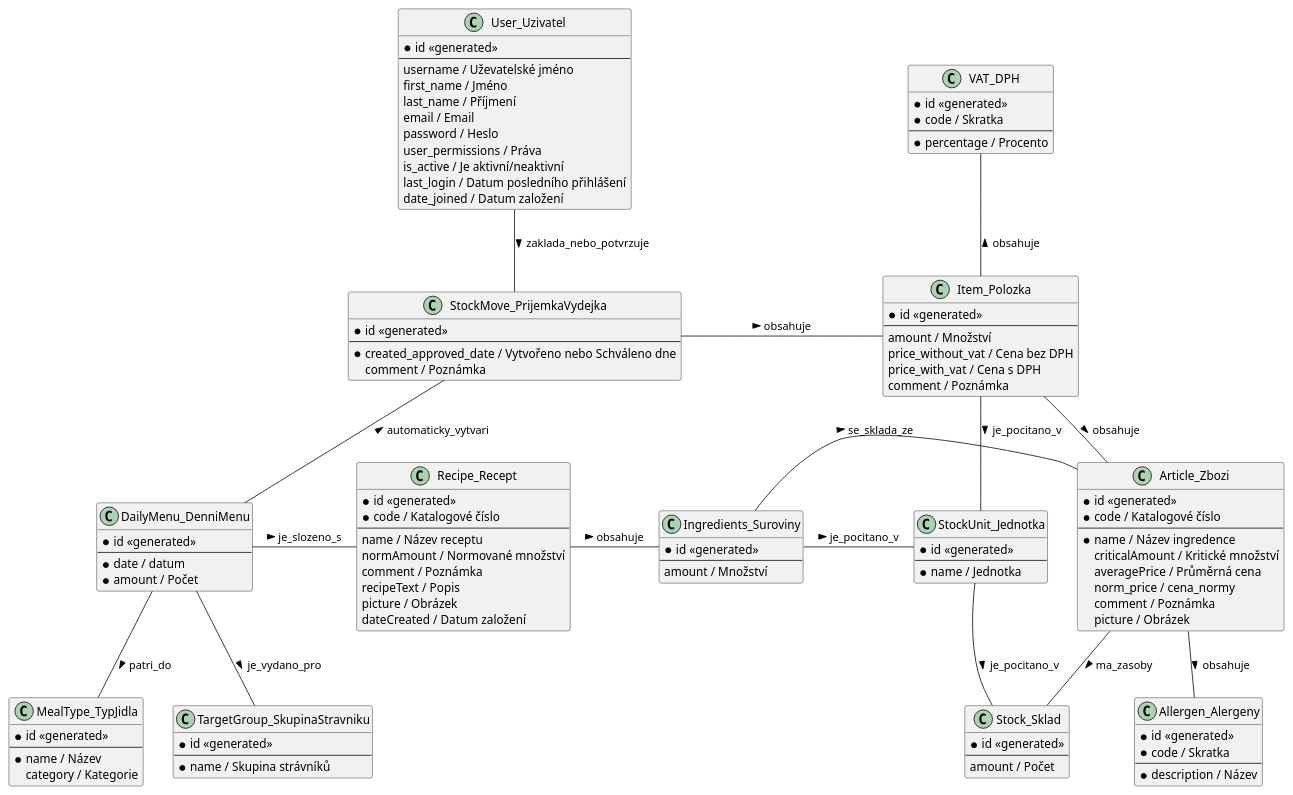
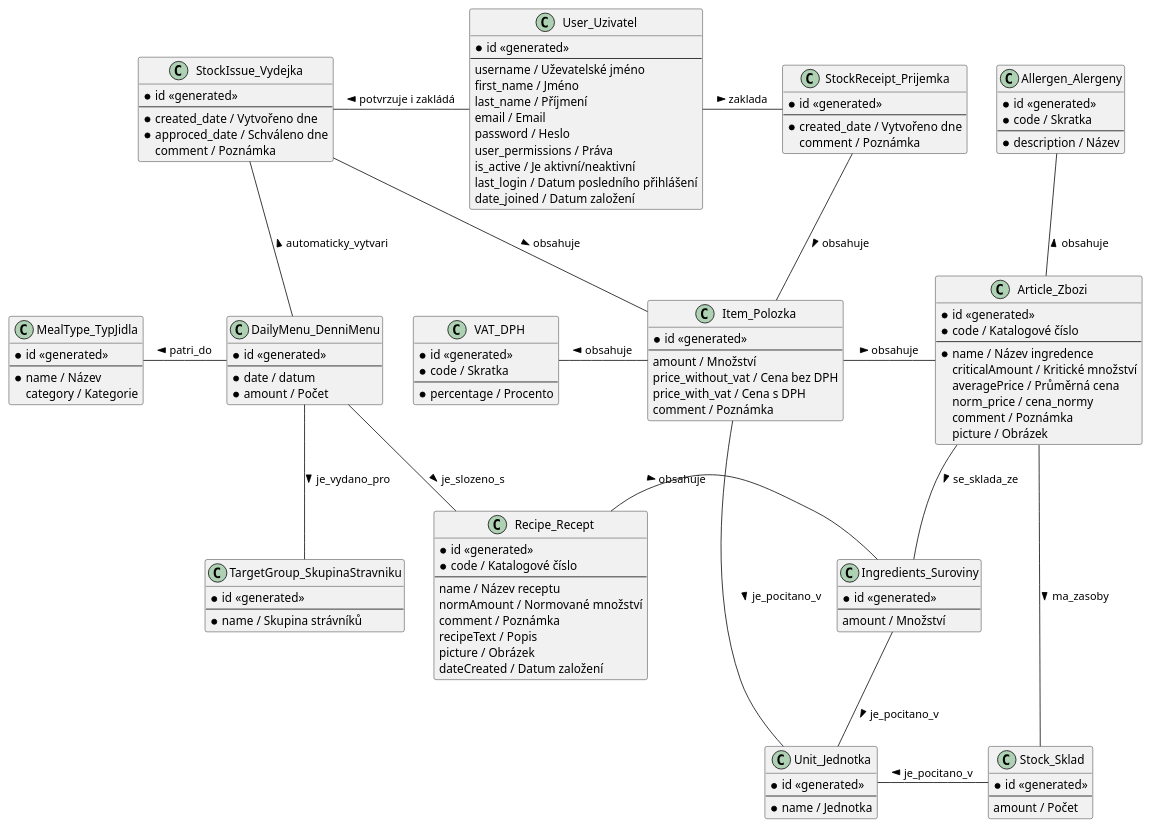
One commit to valasek/kicoma changed the diagram in docs/erd.plantuml. Above: the diagram before and after it, drawn with PlantUML. The commit also changed 8 other files, not shown here.

```diff
--- a/docs/erd.plantuml
+++ b/docs/erd.plantuml
@@ -1,132 +1,143 @@
 @startuml "KiCoMa"
 
-DailyMenu_DenniMenu - Recipe_Recept : > je_slozeno_s
+DailyMenu_DenniMenu -- Recipe_Recept : > je_slozeno_s
 
-DailyMenu_DenniMenu -- TargetGroup_SkupinaStravniku : > je_vydano_pro
-DailyMenu_DenniMenu -- MealType_TypJidla : > patri_do
+DailyMenu_DenniMenu -- TargetGroup_SkupinaStravniku : je_vydano_pro >
+MealType_TypJidla - DailyMenu_DenniMenu : < patri_do
+TargetGroup_SkupinaStravniku -[hidden] Recipe_Recept
 
 Recipe_Recept - Ingredients_Suroviny : obsahuje >
-Ingredients_Suroviny - Article_Zbozi : > se_sklada_ze
-Ingredients_Suroviny - StockUnit_Jednotka : je_pocitano_v >
+Article_Zbozi -- Ingredients_Suroviny : > se_sklada_ze
+Ingredients_Suroviny -- Unit_Jednotka : je_pocitano_v >
 
-Article_Zbozi -- Allergen_Alergeny : obsahuje >
-StockUnit_Jednotka - Stock_Sklad : je_pocitano_v >
+Allergen_Alergeny -- Article_Zbozi : obsahuje <
+Unit_Jednotka - Stock_Sklad : je_pocitano_v <
 
 Article_Zbozi -- Stock_Sklad : ma_zasoby >
 
-Item_Polozka -- Article_Zbozi : obsahuje >
-Item_Polozka - StockUnit_Jednotka : je_pocitano_v >
-VAT_DPH -- Item_Polozka : obsahuje <
+StockReceipt_Prijemka -- Item_Polozka : obsahuje >
+Item_Polozka - Article_Zbozi : obsahuje >
+Item_Polozka -- Unit_Jednotka : je_pocitano_v >
+VAT_DPH - Item_Polozka : obsahuje <
 
-StockMove_PrijemkaVydejka - Item_Polozka : obsahuje >
-StockMove_PrijemkaVydejka -- DailyMenu_DenniMenu : automaticky_vytvari <
+StockIssue_Vydejka - Item_Polozka : obsahuje >
+StockIssue_Vydejka -- DailyMenu_DenniMenu : automaticky_vytvari <
 
-User_Uzivatel -- StockMove_PrijemkaVydejka : zaklada_nebo_potvrzuje >
+User_Uzivatel - StockReceipt_Prijemka : zaklada >
+StockIssue_Vydejka - User_Uzivatel : potvrzuje i zakládá <
 
 class VAT_DPH {
     *id <<generated>>
     *code / Skratka
     --
     * percentage / Procento
 }
 
 class Allergen_Alergeny {
     *id <<generated>>
     *code / Skratka
     --
     *description / Název
 }
 
-class StockUnit_Jednotka {
+class Unit_Jednotka {
     *id <<generated>>
     --
     *name / Jednotka
 }
 
 class TargetGroup_SkupinaStravniku {
     *id <<generated>>
     --
     *name / Skupina strávníků
 }
 
 class MealType_TypJidla {
     *id <<generated>>
     --
     *name / Název
     category / Kategorie
 }
 
 class DailyMenu_DenniMenu {
     *id <<generated>>
     --
     *date / datum
     *amount / Počet
 }
 
 class Recipe_Recept {
     *id <<generated>>
     *code / Katalogové číslo
     --
     name / Název receptu
     normAmount / Normované množství
     comment / Poznámka
     recipeText / Popis
     picture / Obrázek
     dateCreated / Datum založení
 }
 
 class Ingredients_Suroviny {
     *id <<generated>>
     --
     amount / Množství
 }
 
 class Article_Zbozi {
     *id <<generated>>
     *code / Katalogové číslo
     --
     *name / Název ingredence
     criticalAmount / Kritické množství
     averagePrice / Průměrná cena
     norm_price / cena_normy
     comment / Poznámka
     picture / Obrázek
 }
 
 class Item_Polozka {
     *id <<generated>>
     --
     amount / Množství
     price_without_vat / Cena bez DPH
     price_with_vat / Cena s DPH
     comment / Poznámka
 }
 
-class StockMove_PrijemkaVydejka {
+class StockReceipt_Prijemka {
     *id <<generated>>
     --
-    * created_approved_date / Vytvořeno nebo Schváleno dne
+    * created_date / Vytvořeno dne
+    comment / Poznámka
+}
+
+class StockIssue_Vydejka {
+    *id <<generated>>
+    --
+    * created_date / Vytvořeno dne
+    * approced_date / Schváleno dne
     comment / Poznámka
 }
 
 class Stock_Sklad {
     *id <<generated>>
     --
     amount / Počet
 }
 
 class User_Uzivatel {
     *id <<generated>>
     --
     username / Uževatelské jméno
     first_name / Jméno
     last_name / Příjmení
     email / Email
     password / Heslo
     user_permissions / Práva
     is_active / Je aktivní/neaktivní
     last_login / Datum posledního přihlášení
     date_joined / Datum založení
 }
 
 @enduml
```
